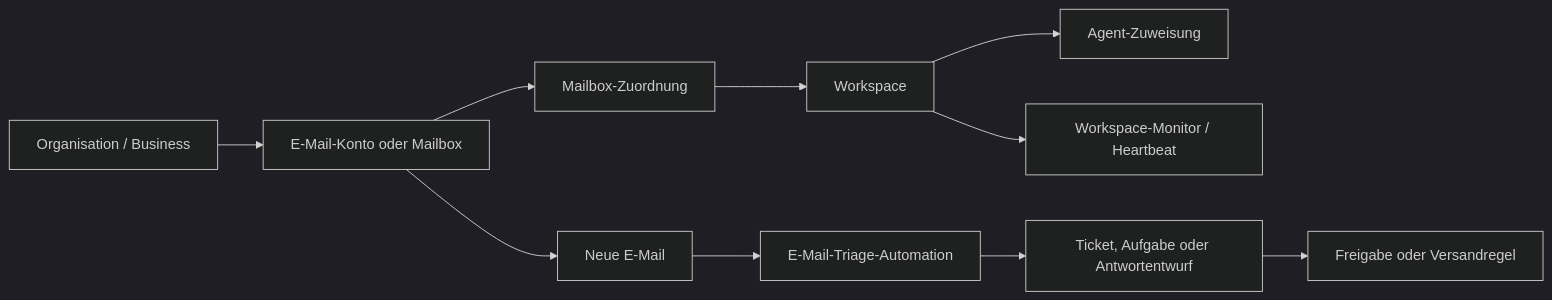
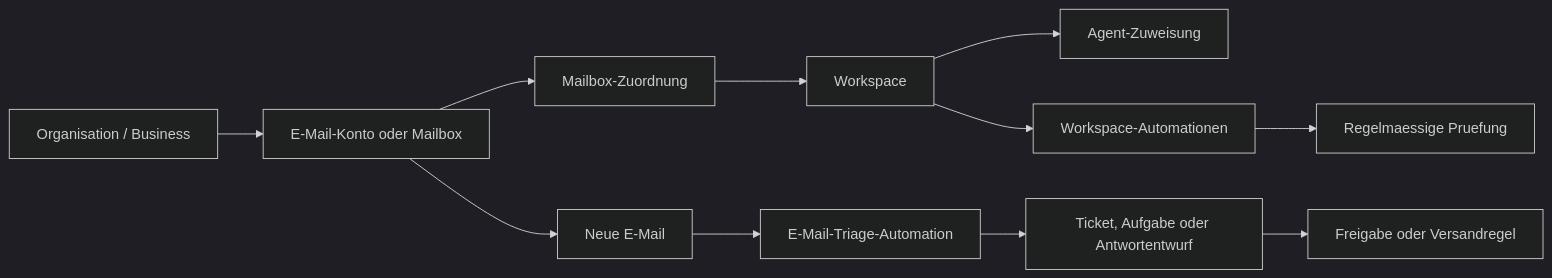
One commit to canvascoding/canvas-notebook changed the diagram in docs/architecture/canvas-notebook/workspace-email-automations-plan.md. Above: the diagram before and after it, drawn with Mermaid (dark theme). The commit also changed other lines of this file, not shown here.

Commit message:
Unify heartbeat planning under automations

````diff
--- a/docs/architecture/canvas-notebook/workspace-email-automations-plan.md
+++ b/docs/architecture/canvas-notebook/workspace-email-automations-plan.md
@@ -68,12 +82,13 @@
 ```mermaid
 flowchart LR
   O["Organisation / Business"] --> M["E-Mail-Konto oder Mailbox"]
   M --> B["Mailbox-Zuordnung"]
   B --> W["Workspace"]
   W --> A["Agent-Zuweisung"]
-  W --> H["Workspace-Monitor / Heartbeat"]
+  W --> U["Workspace-Automationen"]
+  U --> P["Regelmaessige Pruefung"]
   M --> E["Neue E-Mail"]
   E --> T["E-Mail-Triage-Automation"]
   T --> Q["Ticket, Aufgabe oder Antwortentwurf"]
   Q --> R["Freigabe oder Versandregel"]
 ```
````
